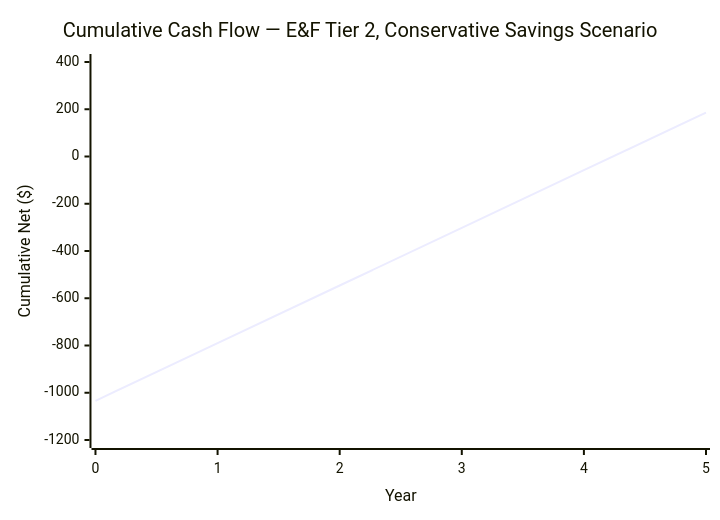
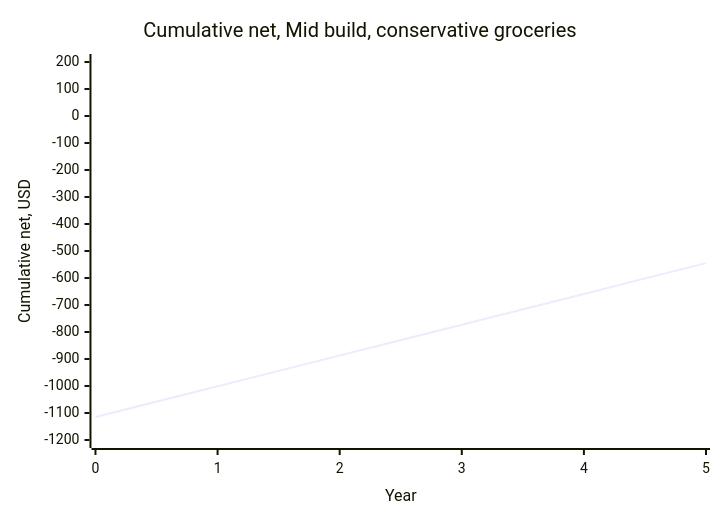
One commit to UncleJS/guide_hydroponics changed the second of 3 diagrams in guide/ebb-and-flow/12-budget-and-sourcing.md. Above: the diagram before and after it, drawn with Mermaid. The commit also changed other lines of this file and 35 other files, not shown here.

````diff
--- a/guide/ebb-and-flow/12-budget-and-sourcing.md
+++ b/guide/ebb-and-flow/12-budget-and-sourcing.md
@@ -851,7 +810,7 @@
 ```mermaid
 xychart-beta
-    title "Cumulative Cash Flow — E&F Tier 2, Conservative Savings Scenario"
+    title "Cumulative net, Mid build, conservative groceries"
     x-axis "Year" [0, 1, 2, 3, 4, 5]
-    y-axis "Cumulative Net ($)" -1200 --> 400
-    line [-1034, -790, -546, -302, -58, 186]
+    y-axis "Cumulative net, USD" -1200 --> 200
+    line [-1115, -1001, -887, -773, -659, -545]
 ```
````
